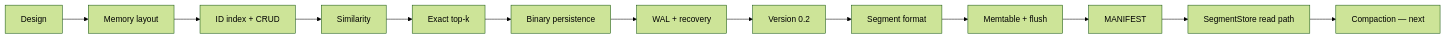
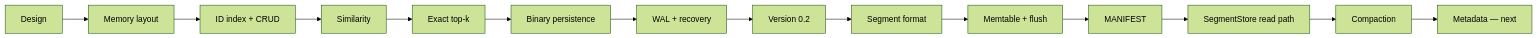
Before and after one commit to Kumario1/vectorDB: the first of 6 diagrams in README.md, drawn with Mermaid (forest theme). The commit also changed other lines of this file and 4 other files, not shown here.

````diff
--- a/README.md
+++ b/README.md
@@ -11,15 +11,16 @@
 ```mermaid
 flowchart LR
   D[Design] --> L[Memory layout]
   L --> I[ID index + CRUD]
   I --> S[Similarity]
   S --> K[Exact top-k]
   K --> P[Binary persistence]
   P --> W[WAL + recovery]
   W --> V02[Version 0.2]
   V02 --> SegFmt[Segment format]
   SegFmt --> Mem[Memtable + flush]
   Mem --> Man[MANIFEST]
   Man --> Read[SegmentStore read path]
-  Read --> Comp[Compaction — next]
+  Read --> Comp[Compaction]
+  Comp --> M8[Metadata — next]
 ```
````
